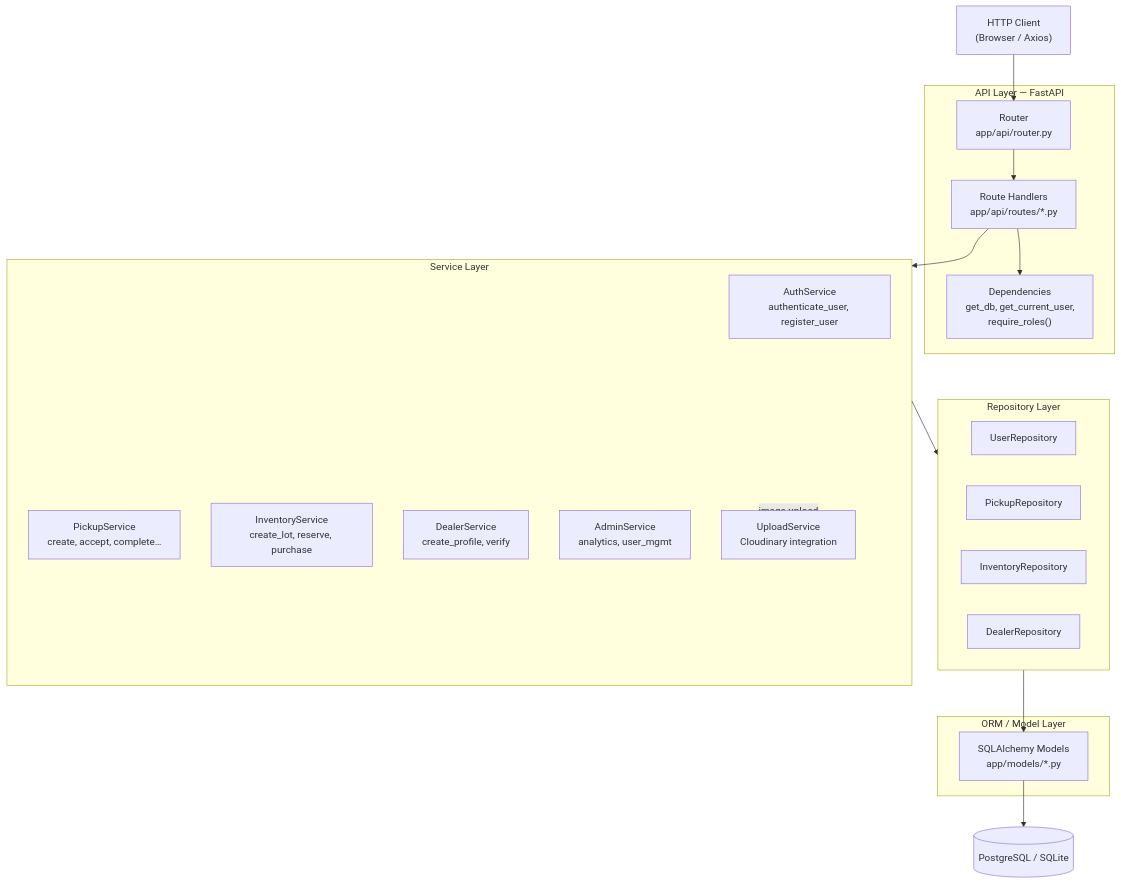
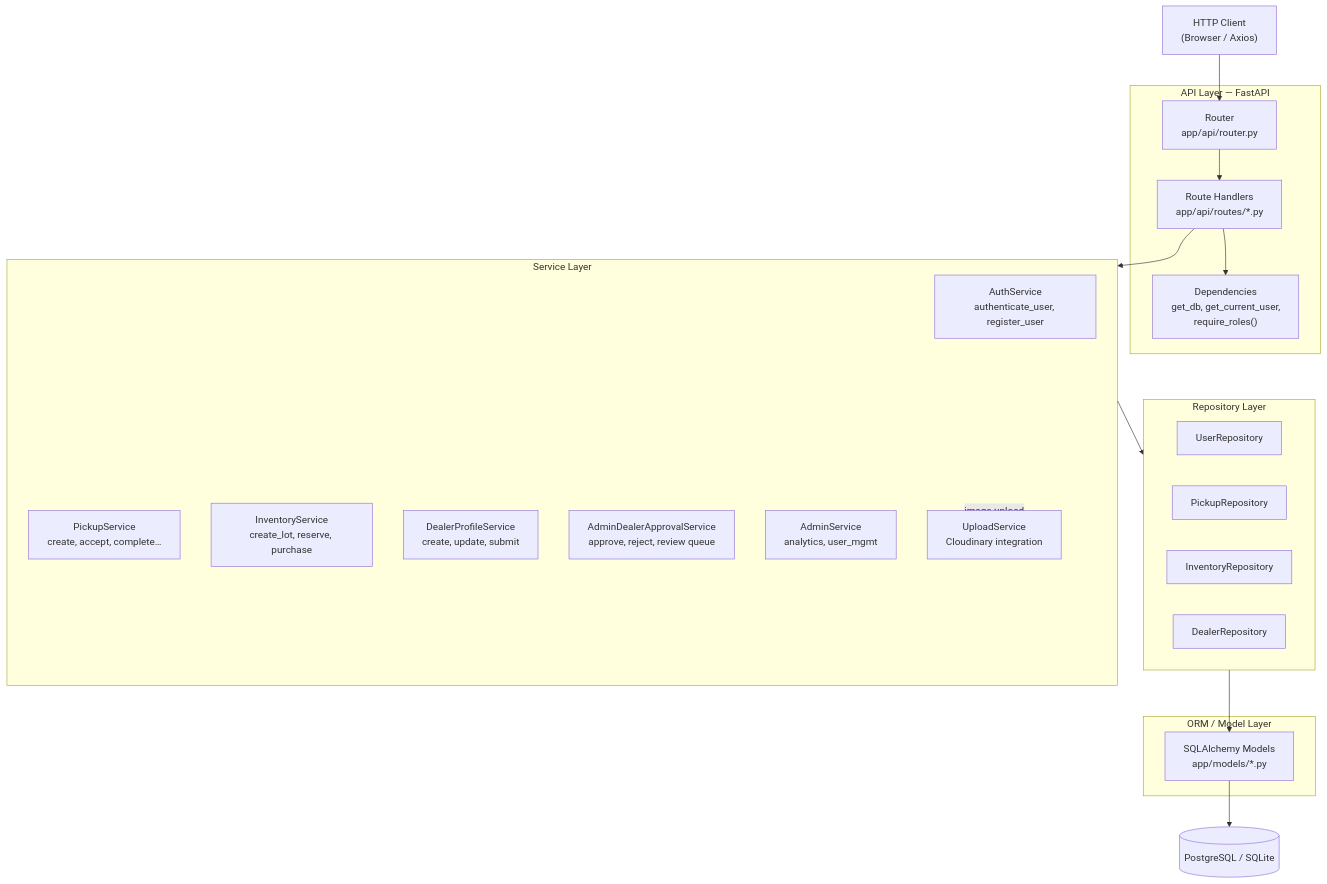
Before and after one commit to Subhajitdas99/waste-iq: the fourth of 11 diagrams in docs/SYSTEM_ARCHITECTURE.md, drawn with Mermaid. The commit also changed other lines of this file and 45 other files, not shown here.

Commit message:
feat(dealer): implement dealer profile and approval workflow

````diff
--- a/docs/SYSTEM_ARCHITECTURE.md
+++ b/docs/SYSTEM_ARCHITECTURE.md
@@ -173,40 +173,41 @@
 ```mermaid
 flowchart TB
     CLIENT["HTTP Client\n(Browser / Axios)"]
 
     subgraph API["API Layer — FastAPI"]
         ROUTER["Router\napp/api/router.py"]
         ROUTES["Route Handlers\napp/api/routes/*.py"]
         DEP["Dependencies\nget_db, get_current_user,\nrequire_roles()"]
     end
 
     subgraph SVC["Service Layer"]
         AUTH_SVC["AuthService\nauthenticate_user, register_user"]
         PICKUP_SVC["PickupService\ncreate, accept, complete…"]
         INVENTORY_SVC["InventoryService\ncreate_lot, reserve, purchase"]
-        DEALER_SVC["DealerService\ncreate_profile, verify"]
+        DEALER_SVC["DealerProfileService\ncreate, update, submit"]
+        APPROVAL_SVC["AdminDealerApprovalService\napprove, reject, review queue"]
         ADMIN_SVC["AdminService\nanalytics, user_mgmt"]
         UPLOAD_SVC["UploadService\nCloudinary integration"]
     end
 
     subgraph REPO["Repository Layer"]
         USER_REPO["UserRepository"]
         PICKUP_REPO["PickupRepository"]
         INVENTORY_REPO["InventoryRepository"]
         DEALER_REPO["DealerRepository"]
     end
 
     subgraph MODEL["ORM / Model Layer"]
         MODELS["SQLAlchemy Models\napp/models/*.py"]
     end
 
     DB[("PostgreSQL / SQLite")]
 
     CLIENT --> ROUTER --> ROUTES
     ROUTES --> DEP
     ROUTES --> SVC
     SVC --> REPO
     REPO --> MODELS
     MODELS --> DB
     SVC -.->|image upload| UPLOAD_SVC
 ```
````
